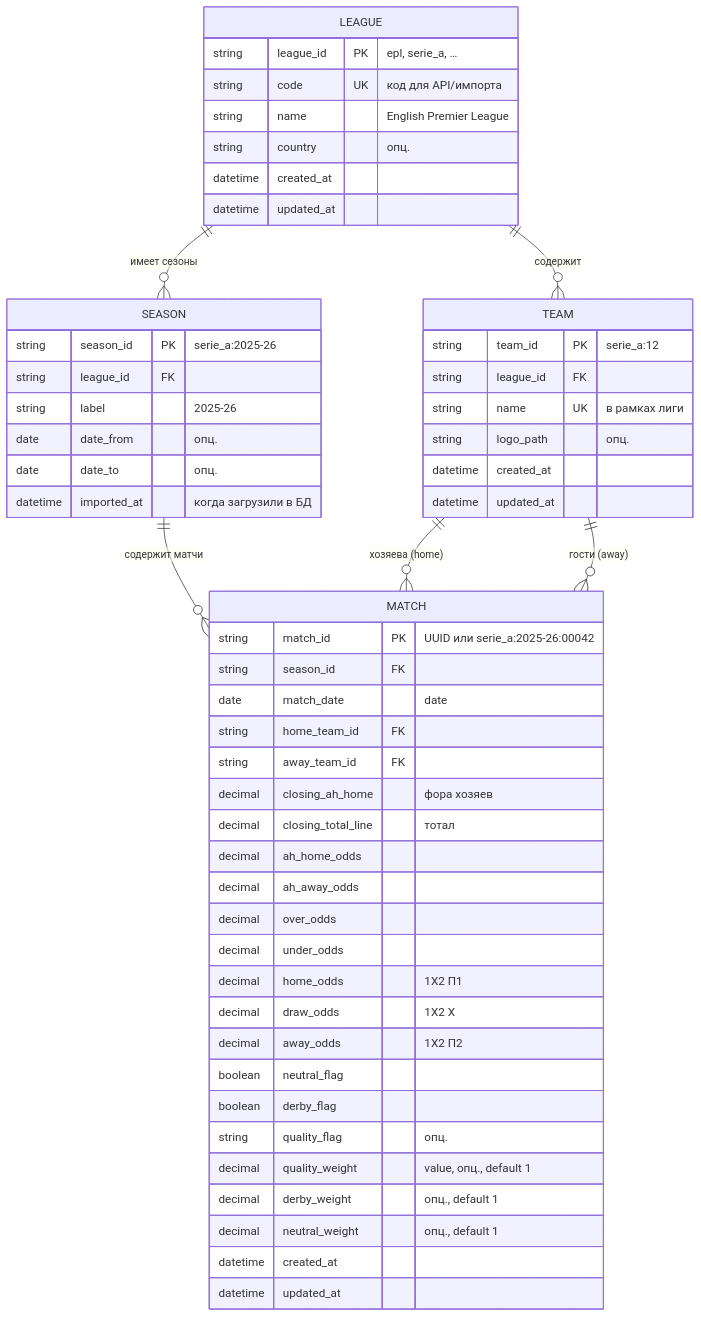
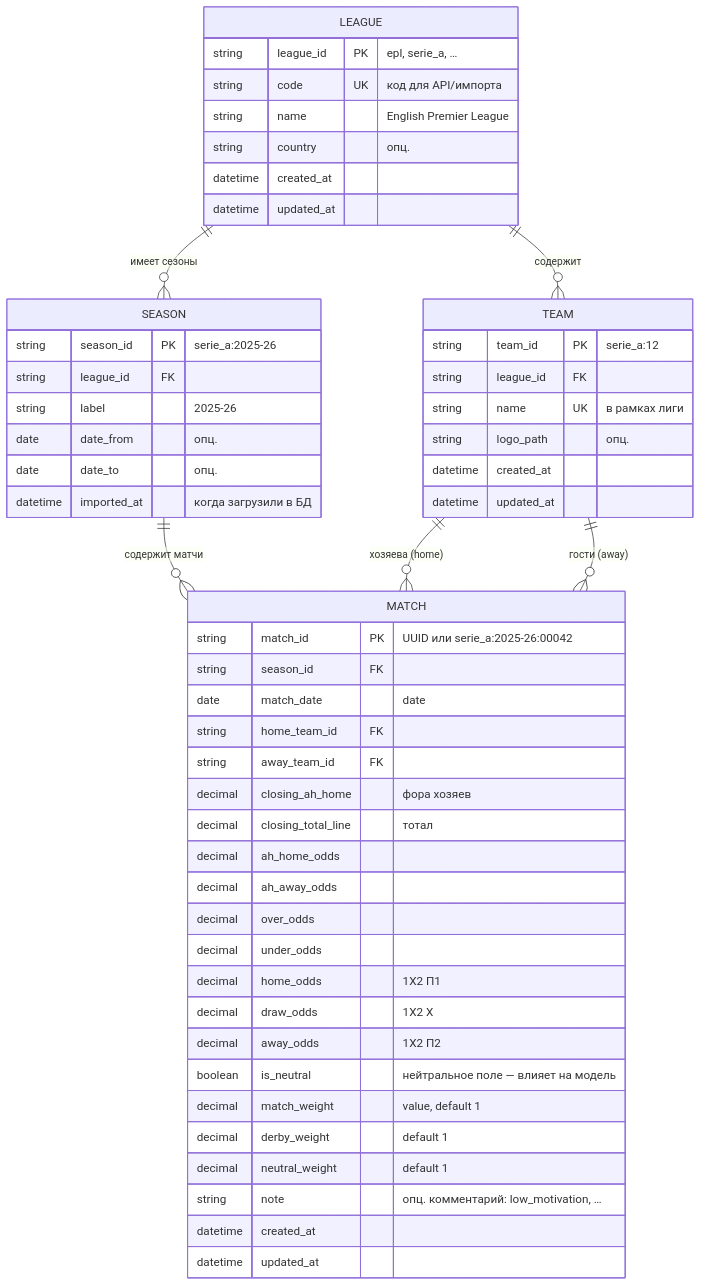
One commit to anka-khvalina/calc_money changed the first of 4 diagrams in docs/db-er-closing-lines.md. Above: the diagram before and after it, drawn with Mermaid. The commit also changed other lines of this file, not shown here.

Commit message:
docs: убрать избыточные флаги из ER-схемы — только веса + is_neutral

````diff
--- a/docs/db-er-closing-lines.md
+++ b/docs/db-er-closing-lines.md
@@ -13,60 +13,59 @@
 ```mermaid
 erDiagram
     LEAGUE ||--o{ TEAM : "содержит"
     LEAGUE ||--o{ SEASON : "имеет сезоны"
     SEASON ||--o{ MATCH : "содержит матчи"
     TEAM ||--o{ MATCH : "хозяева (home)"
     TEAM ||--o{ MATCH : "гости (away)"
 
     LEAGUE {
         string league_id PK "epl, serie_a, …"
         string code UK "код для API/импорта"
         string name "English Premier League"
         string country "опц."
         datetime created_at
         datetime updated_at
     }
 
     TEAM {
         string team_id PK "serie_a:12"
         string league_id FK
         string name UK "в рамках лиги"
         string logo_path "опц."
         datetime created_at
         datetime updated_at
     }
 
     SEASON {
         string season_id PK "serie_a:2025-26"
         string league_id FK
         string label "2025-26"
         date date_from "опц."
         date date_to "опц."
         datetime imported_at "когда загрузили в БД"
     }
 
     MATCH {
         string match_id PK "UUID или serie_a:2025-26:00042"
         string season_id FK
         date match_date "date"
         string home_team_id FK
         string away_team_id FK
         decimal closing_ah_home "фора хозяев"
         decimal closing_total_line "тотал"
         decimal ah_home_odds
         decimal ah_away_odds
         decimal over_odds
         decimal under_odds
         decimal home_odds "1X2 П1"
         decimal draw_odds "1X2 X"
         decimal away_odds "1X2 П2"
-        boolean neutral_flag
-        boolean derby_flag
-        string quality_flag "опц."
-        decimal quality_weight "value, опц., default 1"
-        decimal derby_weight "опц., default 1"
-        decimal neutral_weight "опц., default 1"
+        boolean is_neutral "нейтральное поле — влияет на модель"
+        decimal match_weight "value, default 1"
+        decimal derby_weight "default 1"
+        decimal neutral_weight "default 1"
+        string note "опц. комментарий: low_motivation, …"
         datetime created_at
         datetime updated_at
     }
 ```
````
